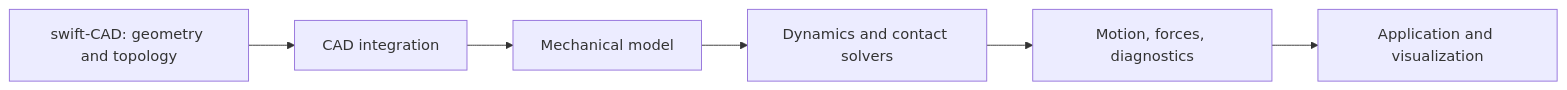
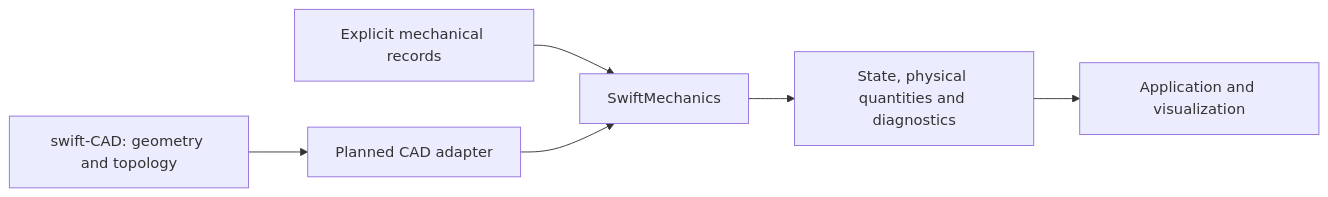
Before and after one commit to 1amageek/swift-mechanics: the second of 2 diagrams in README.md, drawn with Mermaid. The commit also changed other lines of this file and 2 other files, not shown here.

````diff
--- a/README.md
+++ b/README.md
@@ -15,8 +74,8 @@
 ```mermaid
 flowchart LR
-  CAD[swift-CAD: geometry and topology] --> Adapter[CAD integration]
-  Adapter --> Model[Mechanical model]
-  Model --> Solver[Dynamics and contact solvers]
-  Solver --> Result[Motion, forces, diagnostics]
-  Result --> App[Application and visualization]
+    CAD[swift-CAD: geometry and topology] --> Adapter[Planned CAD adapter]
+    Input[Explicit mechanical records] --> Mechanics[SwiftMechanics]
+    Adapter --> Mechanics
+    Mechanics --> Results[State, physical quantities and diagnostics]
+    Results --> Application[Application and visualization]
 ```
````
